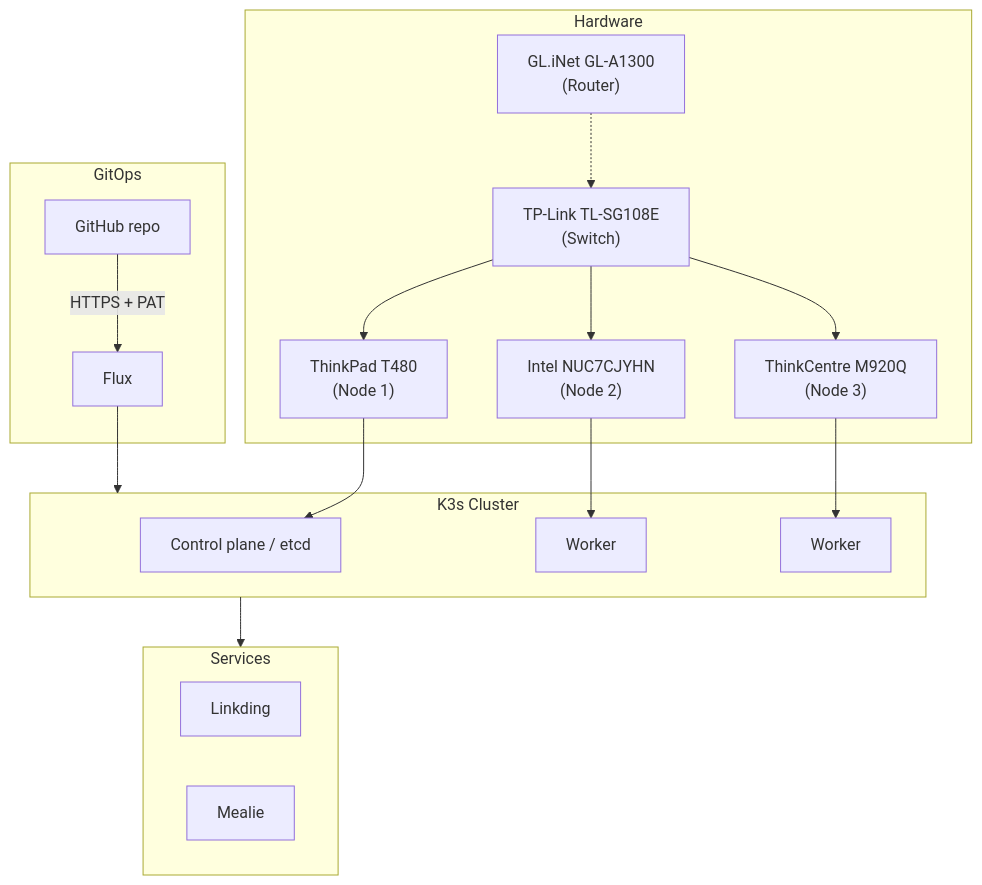
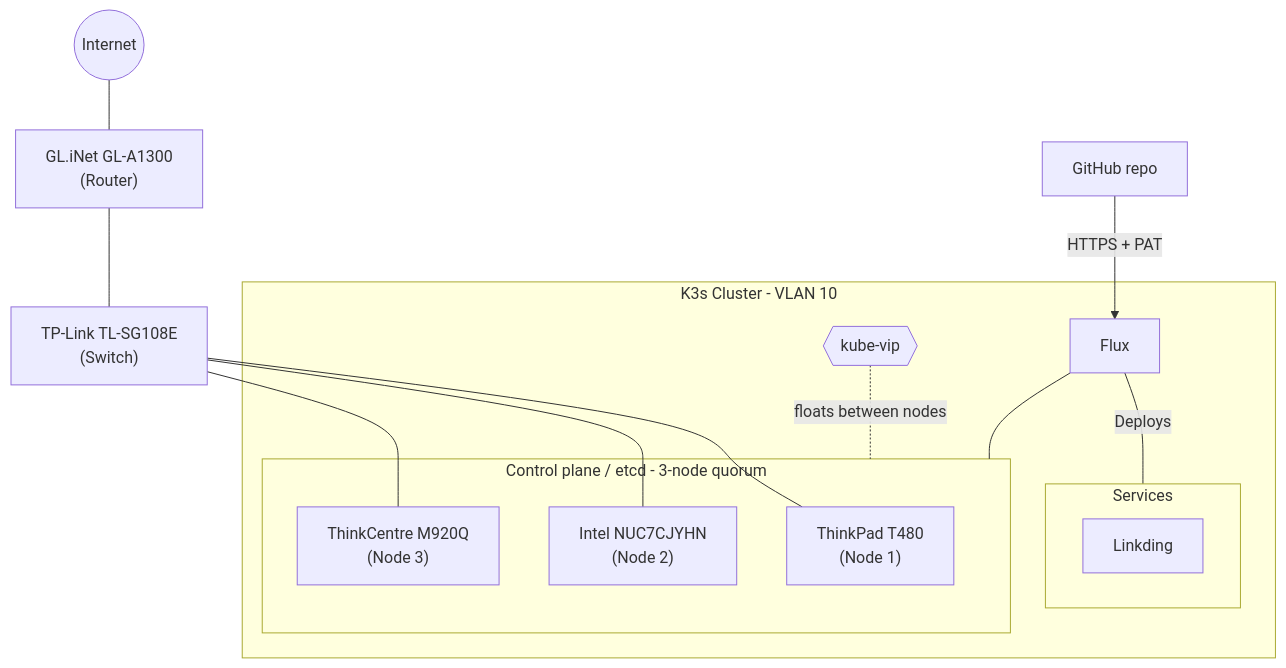
The diagram in README.md (justintimejlew/homelab), drawn with Mermaid before and after one commit. The commit also changed other lines of this file, not shown here.

Commit message:
feat: Added icons and images for each service, updated mermaid architechture image, and updated homelab description to match 3-node HA configuration.

````diff
--- a/README.md
+++ b/README.md
@@ -18,42 +34,34 @@
 ```mermaid
 flowchart TB
-    subgraph HW["Hardware"]
-        SW["TP-Link TL-SG108E
-        (Switch)"]
-        RTR["GL.iNet GL-A1300
-        (Router)"]
-        T480["ThinkPad T480
-        (Node 1)"]
-        NUC["Intel NUC7CJYHN
-        (Node 2)"]
-        M920["ThinkCentre M920Q
-        (Node 3)"]
-        SW --> T480
-        SW --> NUC
-        SW --> M920
-        RTR -.-> SW
+    ISP((Internet))
+    SW["TP-Link TL-SG108E
+    (Switch)"]
+    RTR["GL.iNet GL-A1300
+    (Router)"]
+    ISP --- RTR
+    RTR --- SW
+
+    subgraph K3S["K3s Cluster - VLAN 10"]
+        VIP{{kube-vip}}
+        subgraph CTRL["Control plane / etcd - 3-node quorum"]
+            T480["ThinkPad T480
+            (Node 1)"]
+            NUC["Intel NUC7CJYHN
+            (Node 2)"]
+            M920["ThinkCentre M920Q
+            (Node 3)"]
+        end
+        subgraph SVC["Services"]
+            LD[Linkding]
+        end
+        FLUX ---| Deploys | SVC
+        FLUX --- CTRL
     end
+   
+    SW --- T480
+    SW --- NUC
+    SW --- M920
 
-    subgraph K3S["K3s Cluster"]
-        CTRL[Control plane / etcd]
-        WRK1[Worker]
-        WRK2[Worker]
-    end
-
-    T480 --> CTRL
-    NUC --> WRK1
-    M920 --> WRK2
-
-    subgraph GITOPS["GitOps"]
-        GH[GitHub repo] -->|HTTPS + PAT| FLUX[Flux]
-    end
-
-    FLUX --> K3S
-
-    subgraph SVC["Services"]
-        LD[Linkding]
-        ML[Mealie]
-    end
-
-    K3S --> SVC
+    GH[GitHub repo] -->|HTTPS + PAT| FLUX[Flux]    
+    VIP -.-|floats between nodes| CTRL
 ```
````
